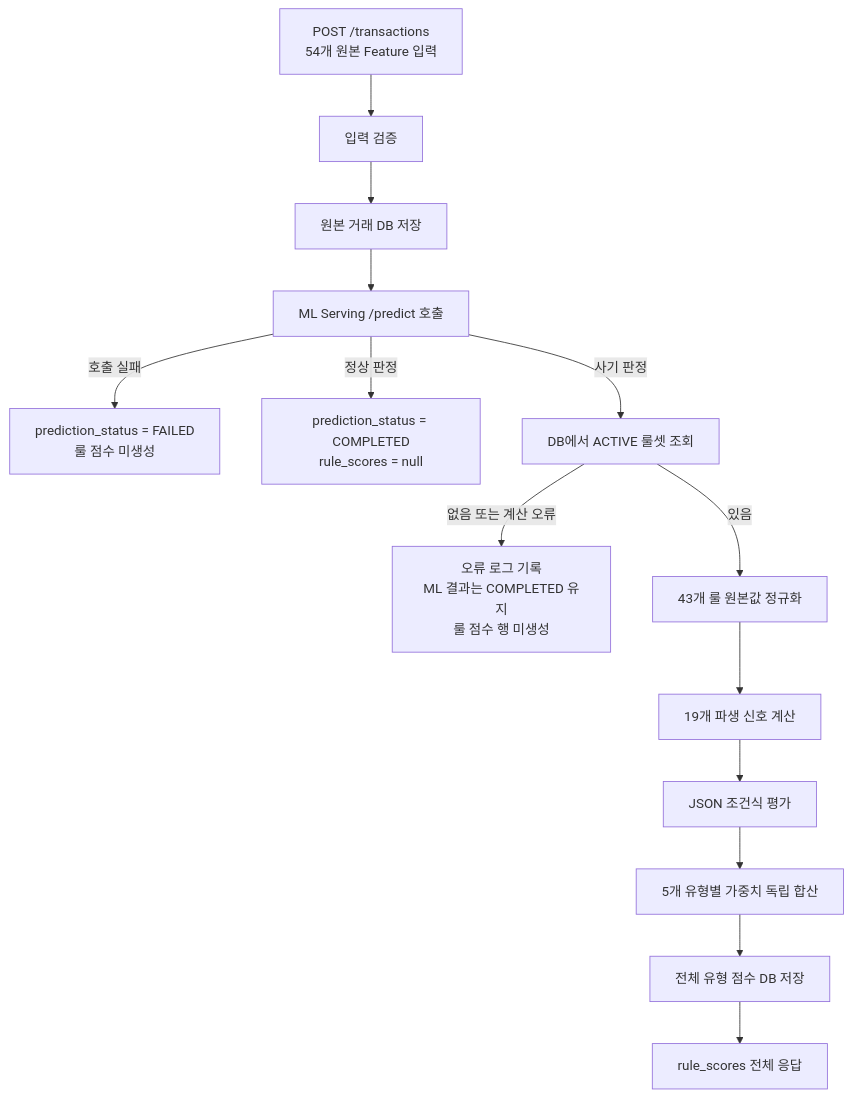
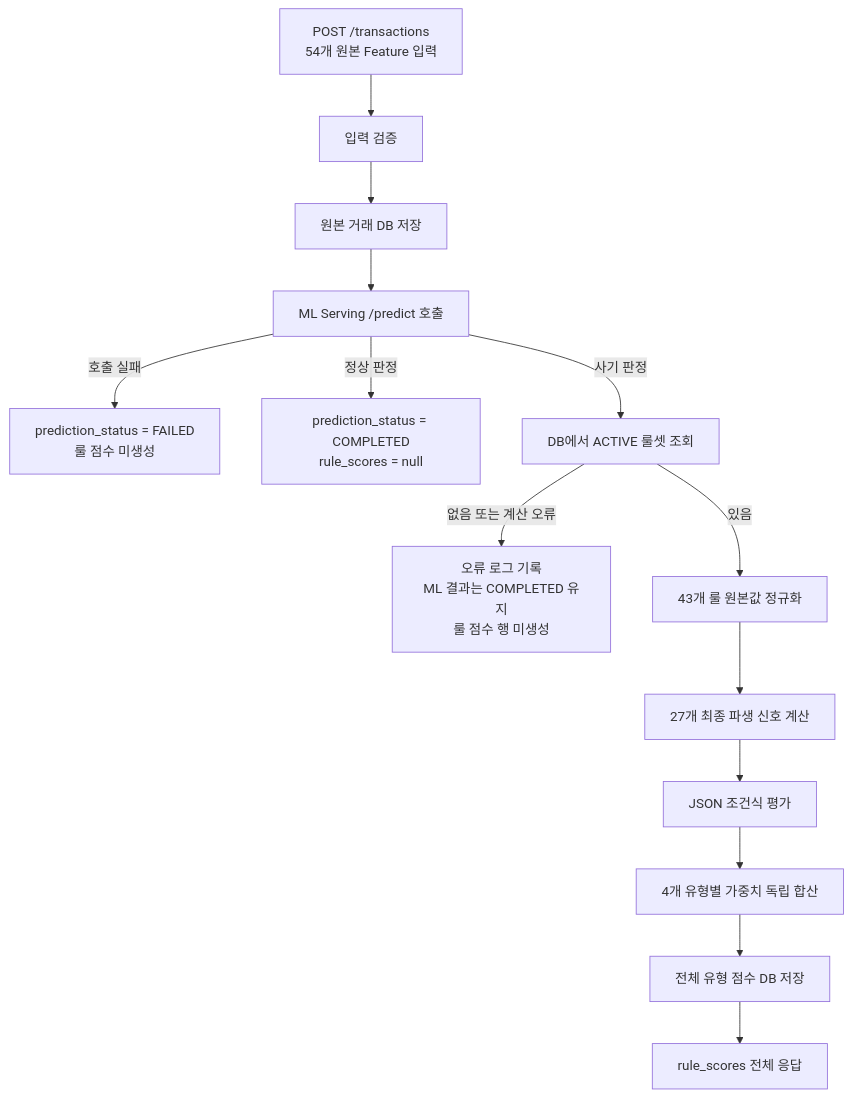
Before and after one commit to RunningMachine5/backend: the diagram in docs/fraud-rule-scoring.md, drawn with Mermaid. The commit also changed other lines of this file and 10 other files, not shown here.

````diff
--- a/docs/fraud-rule-scoring.md
+++ b/docs/fraud-rule-scoring.md
@@ -17,18 +16,18 @@
 ```mermaid
 flowchart TD
     A["POST /transactions<br/>54개 원본 Feature 입력"] --> B["입력 검증"]
     B --> C["원본 거래 DB 저장"]
     C --> D["ML Serving /predict 호출"]
 
     D -->|"호출 실패"| E["prediction_status = FAILED<br/>룰 점수 미생성"]
     D -->|"정상 판정"| F["prediction_status = COMPLETED<br/>rule_scores = null"]
     D -->|"사기 판정"| G["DB에서 ACTIVE 룰셋 조회"]
 
     G -->|"없음 또는 계산 오류"| H["오류 로그 기록<br/>ML 결과는 COMPLETED 유지<br/>룰 점수 행 미생성"]
     G -->|"있음"| I["43개 룰 원본값 정규화"]
-    I --> J["19개 파생 신호 계산"]
+    I --> J["27개 최종 파생 신호 계산"]
     J --> K["JSON 조건식 평가"]
-    K --> L["5개 유형별 가중치 독립 합산"]
+    K --> L["4개 유형별 가중치 독립 합산"]
     L --> M["전체 유형 점수 DB 저장"]
     M --> N["rule_scores 전체 응답"]
 ```
````
